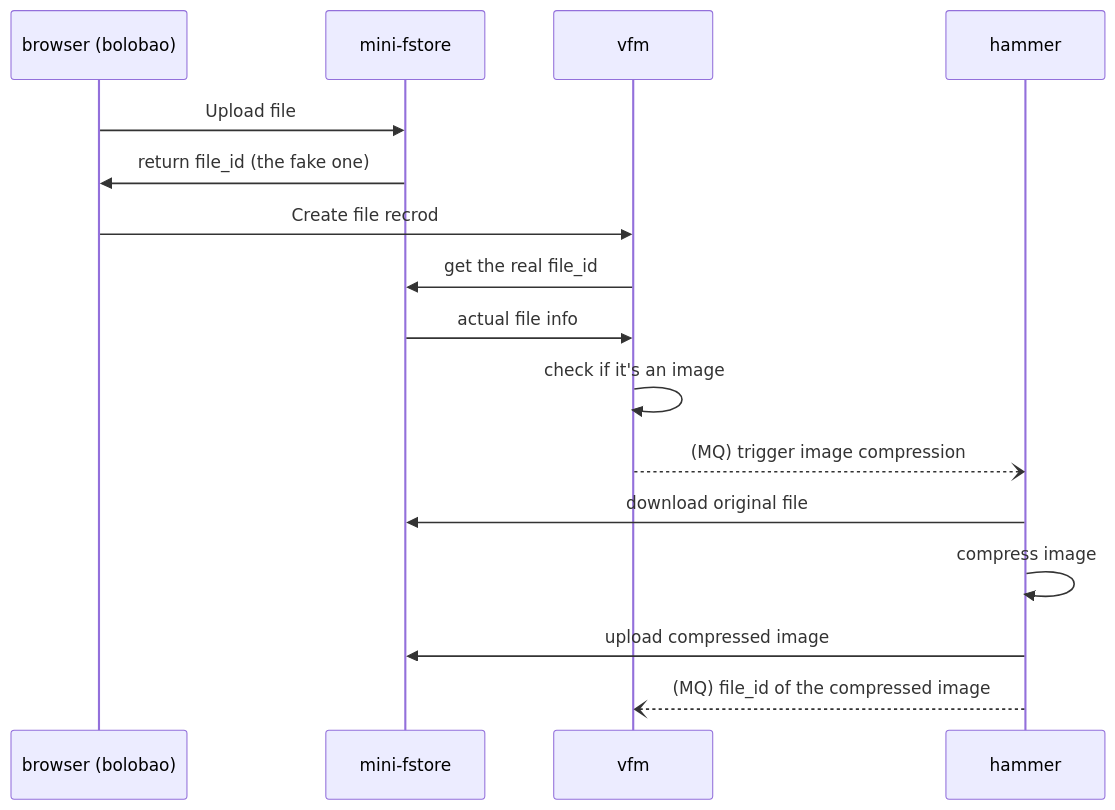
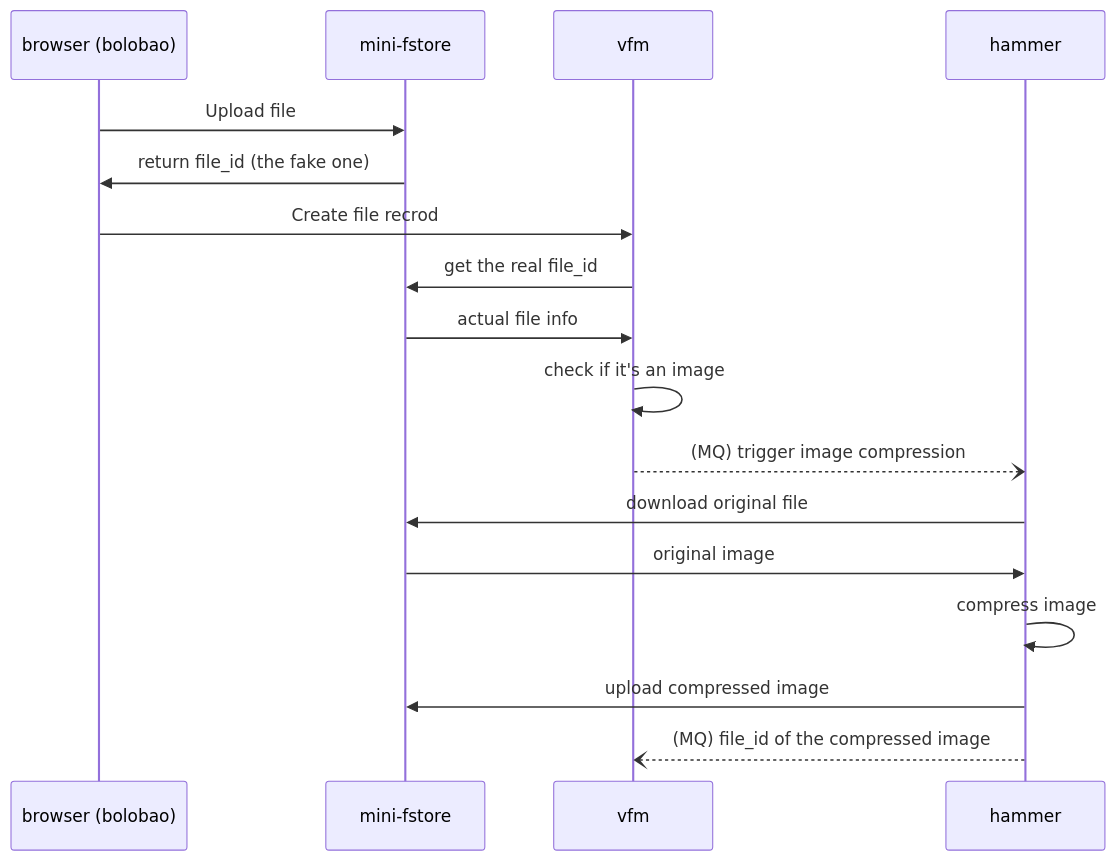
One commit to CurtisNewbie/hammer changed the diagram in README.md. Above: the diagram before and after it, drawn with Mermaid.

Commit message:
Modified:  README.md

````diff
--- a/README.md
+++ b/README.md
@@ -12,20 +12,21 @@
 ```mermaid
 sequenceDiagram
 
     participant b as browser (bolobao)
     participant m as mini-fstore
     participant v as vfm
     participant h as hammer
 
     b->>m:Upload file
     m->>b:return file_id (the fake one)
     b->>v:Create file recrod
     v->>m:get the real file_id
     m->>v:actual file info
     v->>v:check if it's an image
     v--)h:(MQ) trigger image compression
     h->>m:download original file
+    m->>h:original image
     h->>h:compress image
     h->>m:upload compressed image
     h--)v:(MQ) file_id of the compressed image
 ```
````
